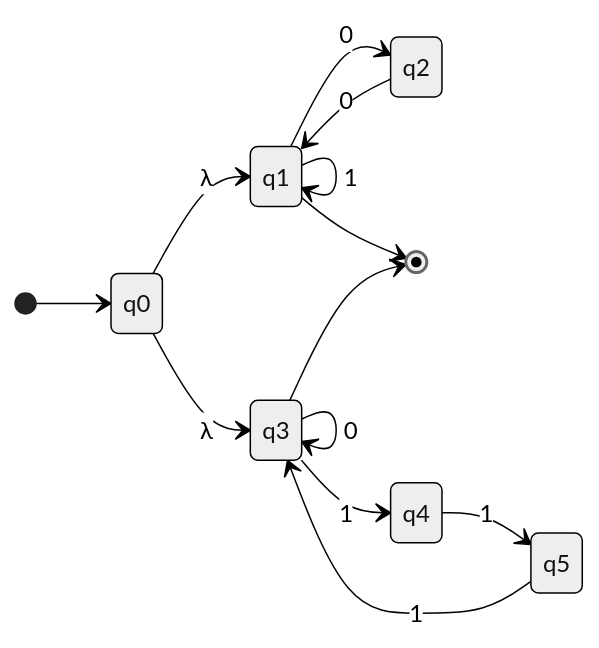
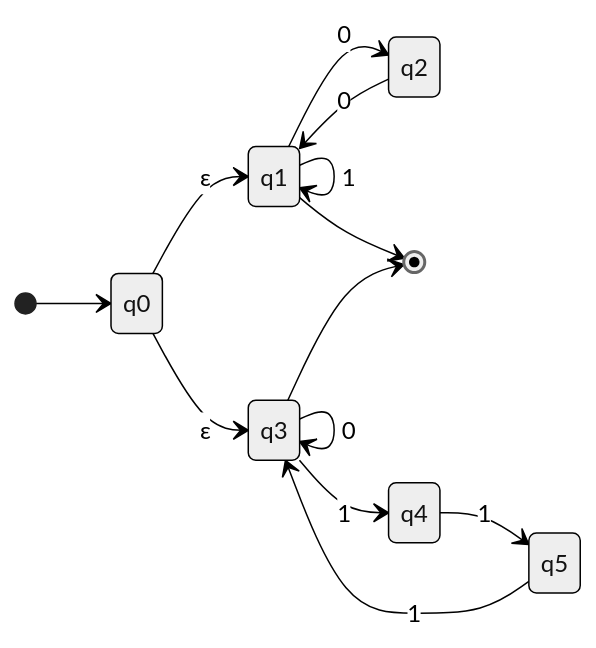
Before and after one commit to lelongc/rac: diagram 12 of 12 in iuh/môn/hk1-4/automat/3-4/ly_thuyet_nfa.md, drawn with Mermaid (neutral theme). The commit also changed other lines of this file and 7 other files, not shown here.

````diff
--- a/iuh/môn/hk1-4/automat/3-4/ly_thuyet_nfa.md
+++ b/iuh/môn/hk1-4/automat/3-4/ly_thuyet_nfa.md
@@ -533,19 +533,19 @@
 ```mermaid
 stateDiagram-v2
     direction LR
     [*] --> q0
-    q0 --> q1: λ
-    q0 --> q3: λ
+    q0 --> q1: ε
+    q0 --> q3: ε
     
     q1 --> q1: 1
     q1 --> q2: 0
     q2 --> q1: 0
     
     q3 --> q3: 0
     q3 --> q4: 1
     q4 --> q5: 1
     q5 --> q3: 1
     
     q1 --> [*]
     q3 --> [*]
 ```
````
